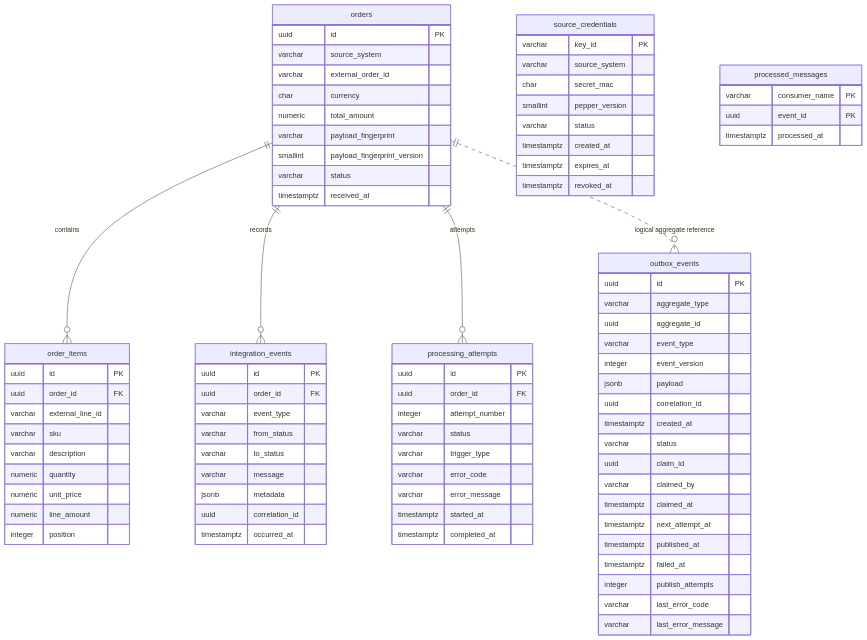
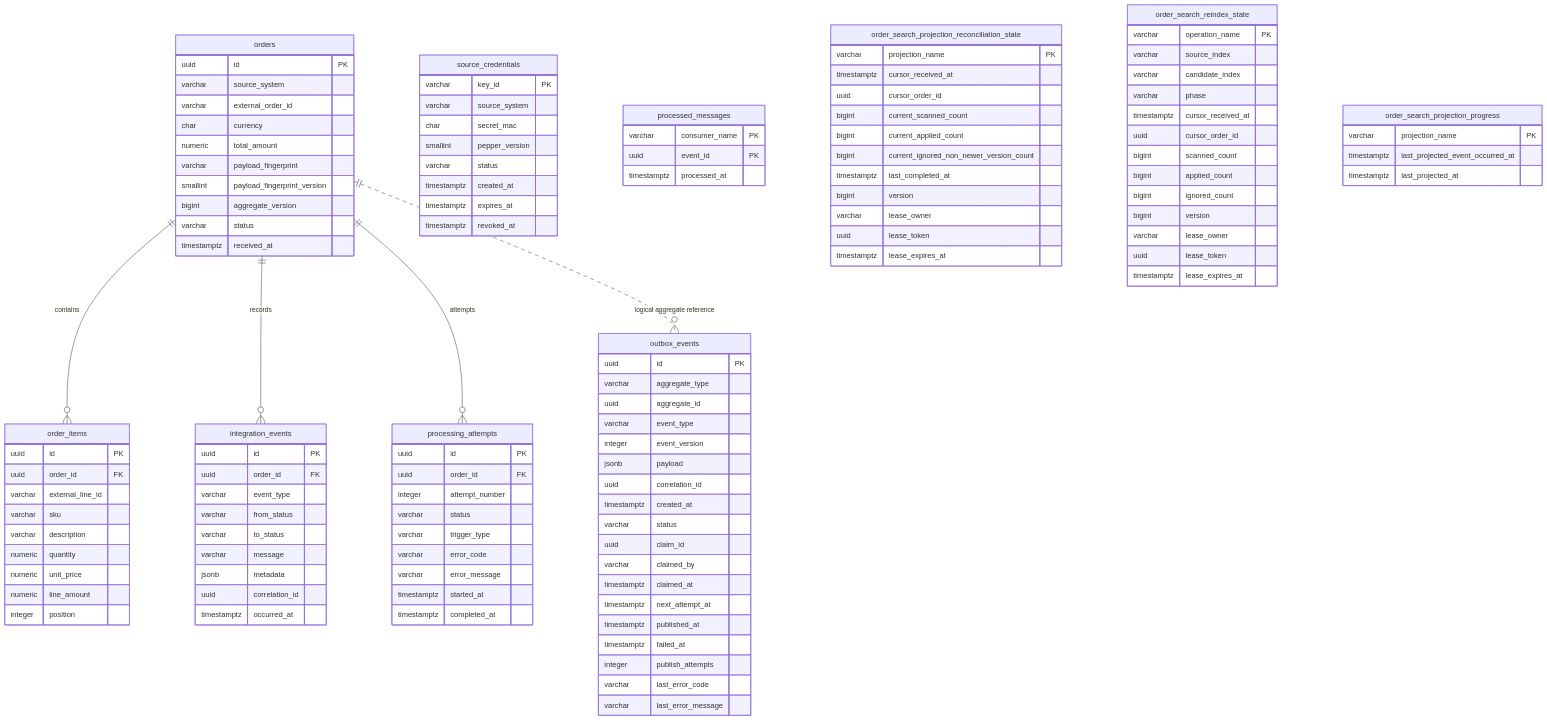
The first of 2 diagrams in docs/data-model.md (PietroRussoD/commerce-integration-hub), drawn with Mermaid before and after one commit. The commit also changed other lines of this file and 11 other files, not shown here.

````diff
--- a/docs/data-model.md
+++ b/docs/data-model.md
@@ -29,6 +29,7 @@
         numeric total_amount
         varchar payload_fingerprint
         smallint payload_fingerprint_version
+        bigint aggregate_version
         varchar status
         timestamptz received_at
     }
@@ -95,4 +96,40 @@
         timestamptz started_at
         timestamptz completed_at
     }
+
+    order_search_projection_reconciliation_state {
+        varchar projection_name PK
+        timestamptz cursor_received_at
+        uuid cursor_order_id
+        bigint current_scanned_count
+        bigint current_applied_count
+        bigint current_ignored_non_newer_version_count
+        timestamptz last_completed_at
+        bigint version
+        varchar lease_owner
+        uuid lease_token
+        timestamptz lease_expires_at
+    }
+
+    order_search_reindex_state {
+        varchar operation_name PK
+        varchar source_index
+        varchar candidate_index
+        varchar phase
+        timestamptz cursor_received_at
+        uuid cursor_order_id
+        bigint scanned_count
+        bigint applied_count
+        bigint ignored_count
+        bigint version
+        varchar lease_owner
+        uuid lease_token
+        timestamptz lease_expires_at
+    }
+
+    order_search_projection_progress {
+        varchar projection_name PK
+        timestamptz last_projected_event_occurred_at
+        timestamptz last_projected_at
+    }
 ```
````
